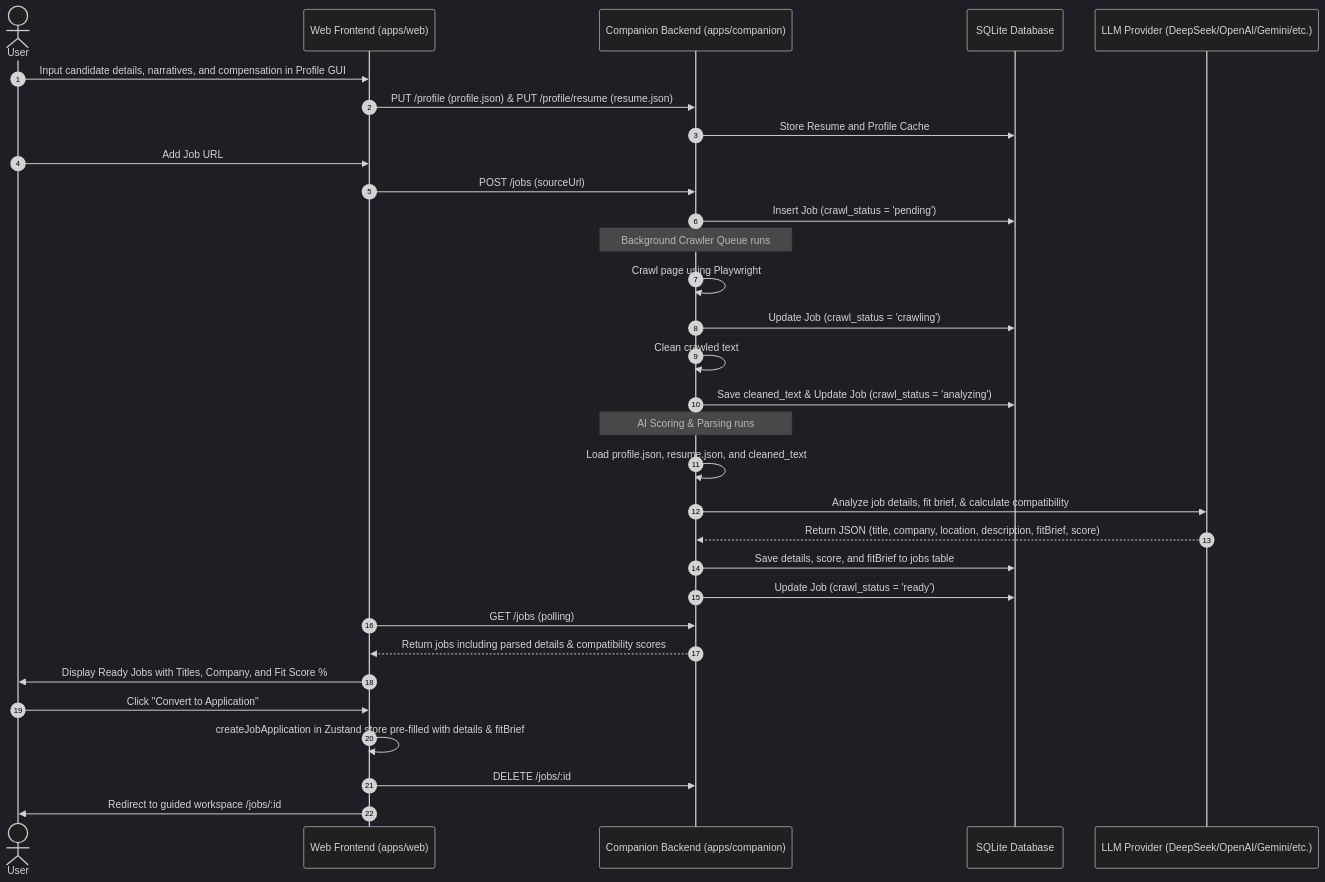
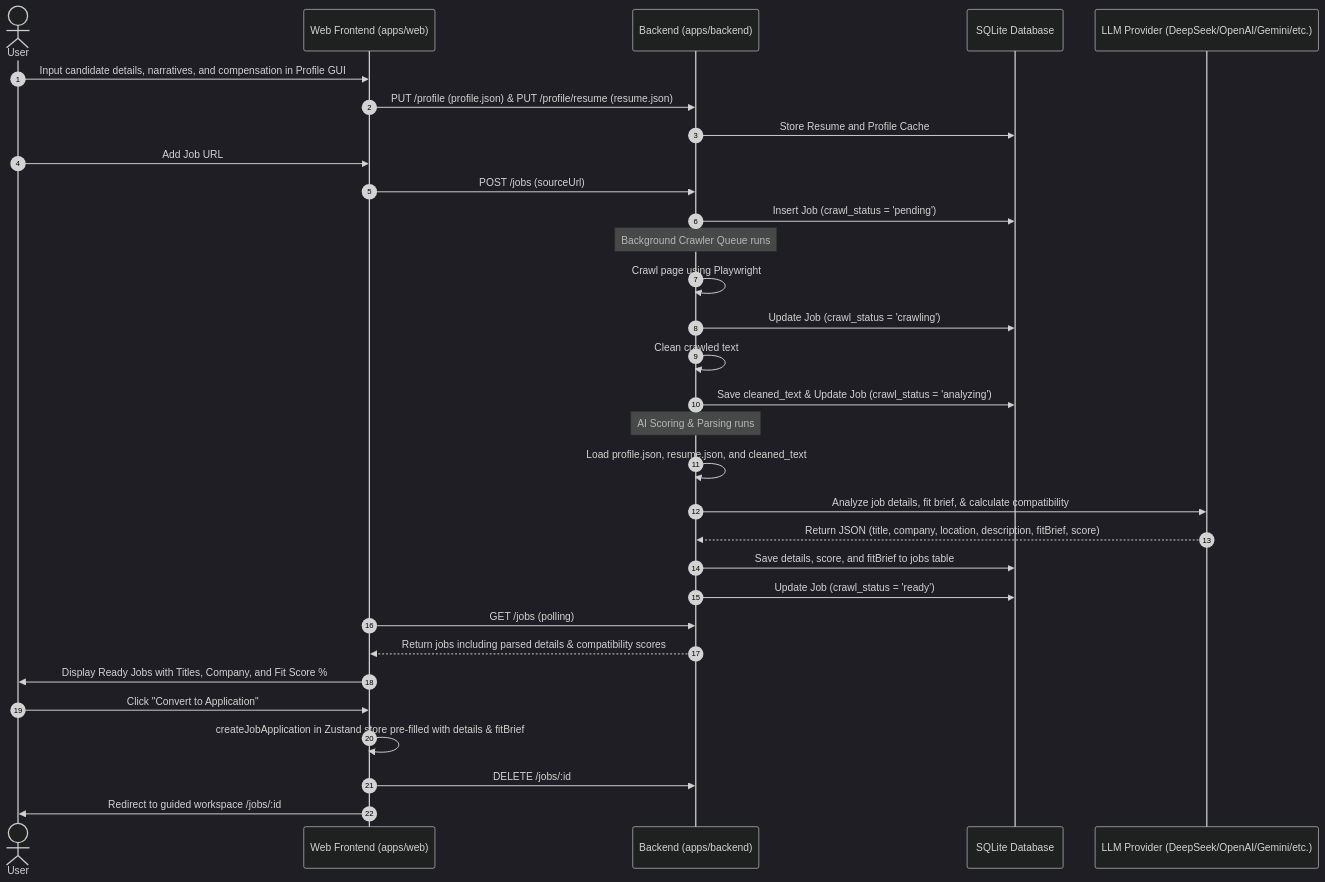
One commit to Benjaminlooi/open-resume changed the diagram in docs/superpowers/specs/2026-06-11-profile-based-backend-scoring.md. Above: the diagram before and after it, drawn with Mermaid (dark theme). The commit also changed other lines of this file and 74 other files, not shown here.

First line of the commit message:
refactor: rename companion to backend across entire codebase

````diff
--- a/docs/superpowers/specs/2026-06-11-profile-based-backend-scoring.md
+++ b/docs/superpowers/specs/2026-06-11-profile-based-backend-scoring.md
@@ -11,39 +11,39 @@
 ```mermaid
 sequenceDiagram
     autonumber
     actor User
     participant Web as Web Frontend (apps/web)
-    participant Comp as Companion Backend (apps/companion)
+    participant Comp as Backend (apps/backend)
     participant DB as SQLite Database
     participant LLM as LLM Provider (DeepSeek/OpenAI/Gemini/etc.)
 
     User->>Web: Input candidate details, narratives, and compensation in Profile GUI
     Web->>Comp: PUT /profile (profile.json) & PUT /profile/resume (resume.json)
     Comp->>DB: Store Resume and Profile Cache
 
     User->>Web: Add Job URL
     Web->>Comp: POST /jobs (sourceUrl)
     Comp->>DB: Insert Job (crawl_status = 'pending')
     
     Note over Comp: Background Crawler Queue runs
     Comp->>Comp: Crawl page using Playwright
     Comp->>DB: Update Job (crawl_status = 'crawling')
     Comp->>Comp: Clean crawled text
     Comp->>DB: Save cleaned_text & Update Job (crawl_status = 'analyzing')
     
     Note over Comp: AI Scoring & Parsing runs
     Comp->>Comp: Load profile.json, resume.json, and cleaned_text
     Comp->>LLM: Analyze job details, fit brief, & calculate compatibility
     LLM-->>Comp: Return JSON (title, company, location, description, fitBrief, score)
     Comp->>DB: Save details, score, and fitBrief to jobs table
     Comp->>DB: Update Job (crawl_status = 'ready')
     
     Web->>Comp: GET /jobs (polling)
     Comp-->>Web: Return jobs including parsed details & compatibility scores
     
     Web->>User: Display Ready Jobs with Titles, Company, and Fit Score %
     User->>Web: Click "Convert to Application"
     Web->>Web: createJobApplication in Zustand store pre-filled with details & fitBrief
     Web->>Comp: DELETE /jobs/:id
     Web->>User: Redirect to guided workspace /jobs/:id
 ```
````
